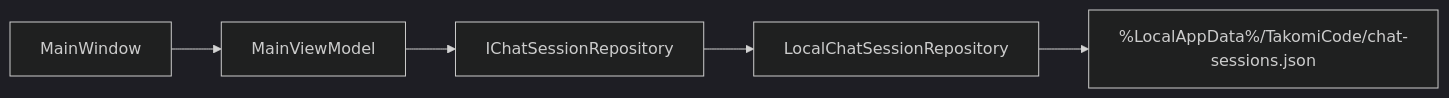
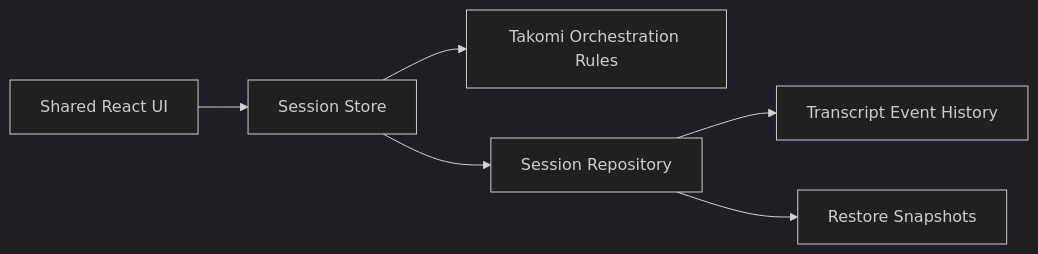
Before and after one commit to JStaRFilms/deprecated-Takomi_Code_Remastered: the diagram in docs/features/chat-session-core.md, drawn with Mermaid (dark theme). The commit also changed other lines of this file and 24 other files, not shown here.

````diff
--- a/docs/features/chat-session-core.md
+++ b/docs/features/chat-session-core.md
@@ -32,7 +52,8 @@
 ```mermaid
 flowchart LR
-    A["MainWindow"] --> B["MainViewModel"]
-    B --> C["IChatSessionRepository"]
-    C --> D["LocalChatSessionRepository"]
-    D --> E["%LocalAppData%/TakomiCode/chat-sessions.json"]
+    UI["Shared React UI"] --> Store["Session Store"]
+    Store --> Orchestration["Takomi Orchestration Rules"]
+    Store --> Repo["Session Repository"]
+    Repo --> Events["Transcript Event History"]
+    Repo --> Snapshots["Restore Snapshots"]
 ```
````
